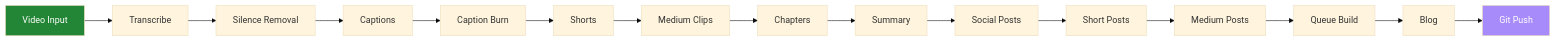
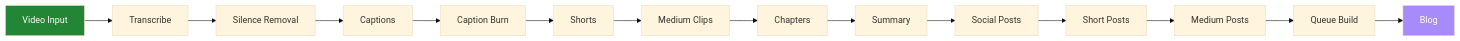
The diagram in site/index.md (htekdev/vidpipe), drawn with Mermaid (base theme) before and after one commit. The commit also changed 59 other files, not shown here.

````diff
--- a/site/index.md
+++ b/site/index.md
@@ -74,20 +74,19 @@
 ```mermaid
 graph LR
     A[Video Input] --> B[Transcribe]
     B --> C[Silence Removal]
     C --> D[Captions]
     D --> E[Caption Burn]
     E --> F[Shorts]
     F --> G[Medium Clips]
     G --> H[Chapters]
     H --> I[Summary]
     I --> J[Social Posts]
     J --> K[Short Posts]
     K --> L[Medium Posts]
     L --> M[Queue Build]
     M --> N[Blog]
-    N --> O[Git Push]
 
     style A fill:#238636,color:#fff
-    style O fill:#a78bfa,color:#fff
+    style N fill:#a78bfa,color:#fff
 ```
````
